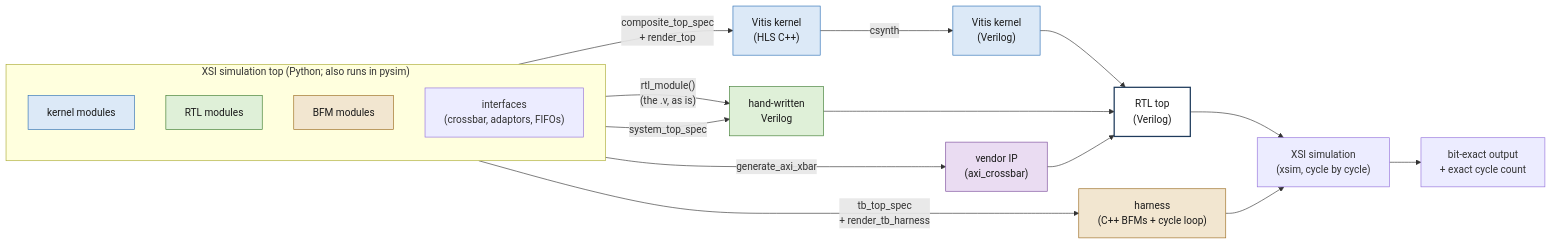
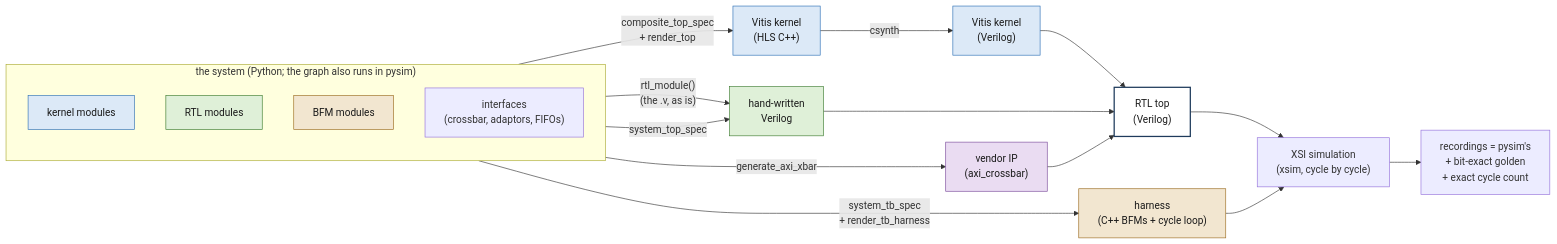
The diagram in docs/guide/flows/concurrent_flowsteps.md (frontcover/pysilicon), drawn with Mermaid before and after one commit. The commit also changed other lines of this file and 24 other files, not shown here.

First line of the commit message:
docs: the RTL rung is the system flow -- example pages, the flow-steps page, the guide

````diff
--- a/docs/guide/flows/concurrent_flowsteps.md
+++ b/docs/guide/flows/concurrent_flowsteps.md
@@ -25,35 +37,35 @@
 ```mermaid
 flowchart LR
-  subgraph py["XSI simulation top (Python; also runs in pysim)"]
+  subgraph py["the system (Python; the graph also runs in pysim)"]
     direction TB
     KM["kernel modules"]
     RM["RTL modules"]
     BM["BFM modules"]
     IF["interfaces<br/>(crossbar, adaptors, FIFOs)"]
   end
 
   KM -->|"composite_top_spec<br/>+ render_top"| HLS["Vitis kernel<br/>(HLS C++)"]
   HLS -->|"csynth"| KV["Vitis kernel<br/>(Verilog)"]
   RM -->|"rtl_module()<br/>(the .v, as is)"| HV["hand-written<br/>Verilog"]
   IF -->|"system_top_spec"| HV
   IF -->|"generate_axi_xbar"| IP["vendor IP<br/>(axi_crossbar)"]
   KV --> RT["RTL top<br/>(Verilog)"]
   HV --> RT
   IP --> RT
-  BM -->|"tb_top_spec<br/>+ render_tb_harness"| HARN["harness<br/>(C++ BFMs + cycle loop)"]
+  BM -->|"system_tb_spec<br/>+ render_tb_harness"| HARN["harness<br/>(C++ BFMs + cycle loop)"]
 
   RT --> XSI["XSI simulation<br/>(xsim, cycle by cycle)"]
   HARN --> XSI
-  XSI --> CHK["bit-exact output<br/>+ exact cycle count"]
+  XSI --> CHK["recordings = pysim's<br/>+ bit-exact golden<br/>+ exact cycle count"]
 
   classDef hls fill:#DCE9F7,stroke:#2C6FB5,color:#1a1a1a;
   classDef rtl fill:#DFF0D8,stroke:#3C7A2E,color:#1a1a1a;
   classDef ip  fill:#EADCF2,stroke:#7A4A9A,color:#1a1a1a;
   classDef tb  fill:#F2E6D0,stroke:#9A6B1F,color:#1a1a1a;
   classDef dut fill:#FFFFFF,stroke:#1F3B5C,stroke-width:2px,color:#1a1a1a;
   class KM,HLS,KV hls;
   class RM,HV rtl;
   class IP ip;
   class BM,HARN tb;
   class RT dut;
 ```
````
